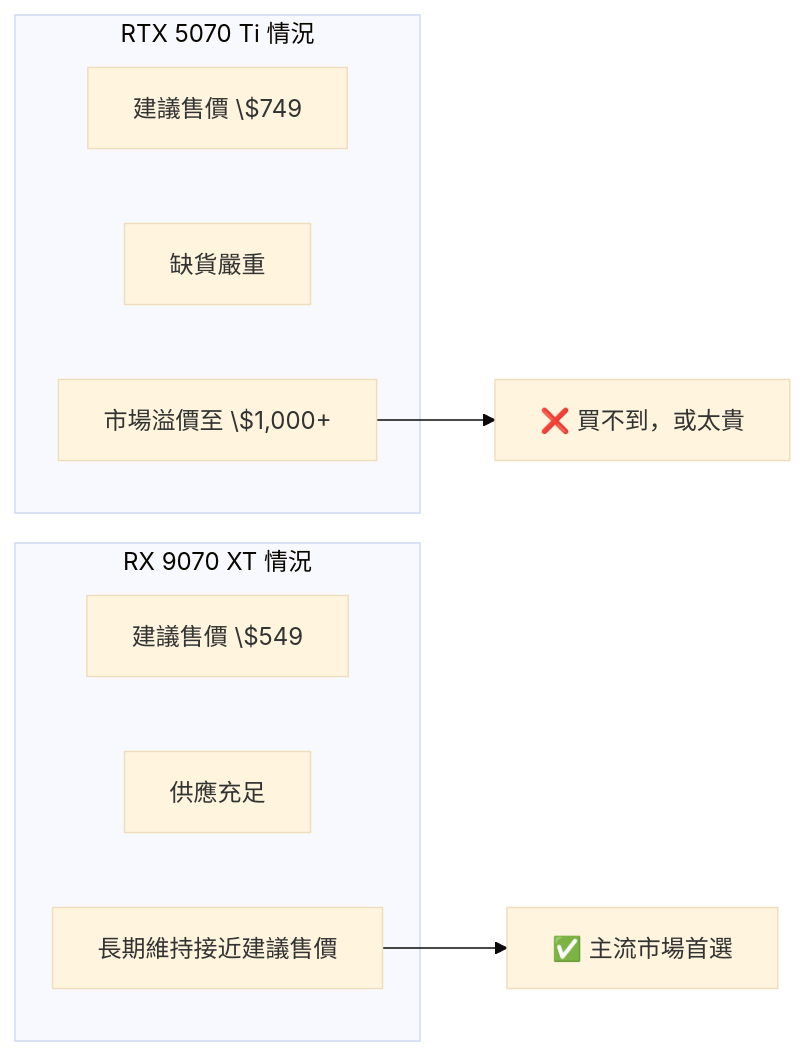
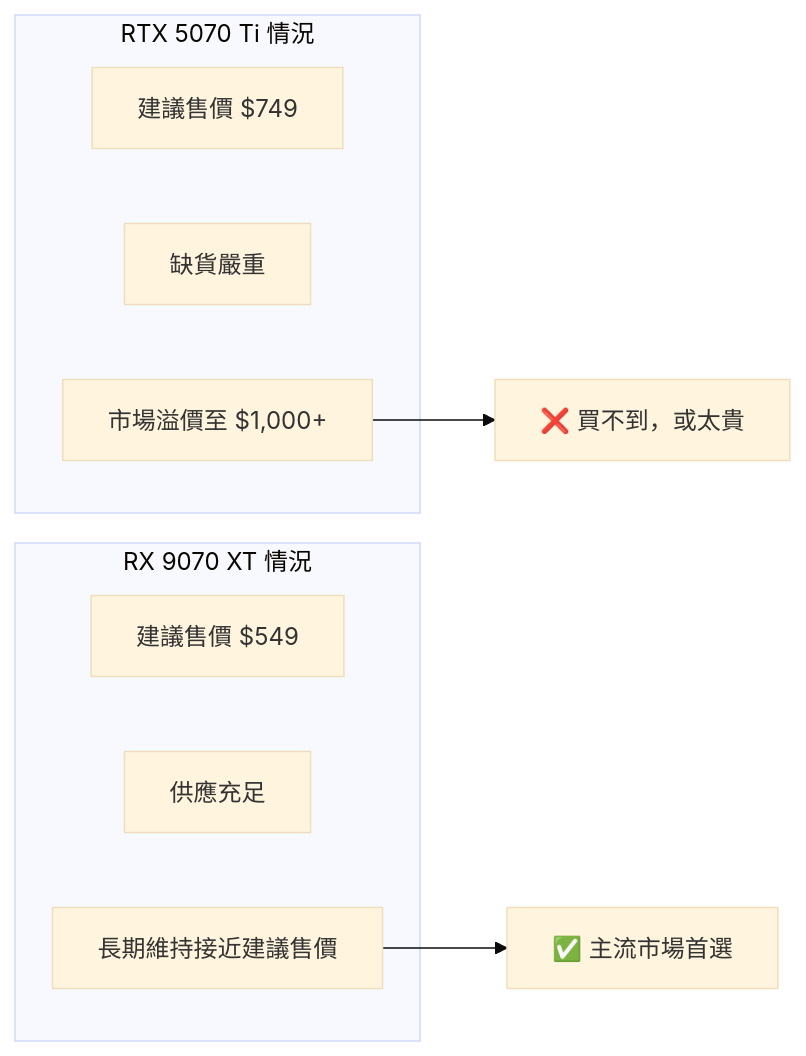
Before and after one commit to wizardhsiehcom/book: the diagram in docs/gpu/consumer/rx9070xt.md, drawn with Mermaid (base theme). The commit also changed 12 other files, not shown here.

````diff
--- a/docs/gpu/consumer/rx9070xt.md
+++ b/docs/gpu/consumer/rx9070xt.md
@@ -22,15 +22,15 @@
 ```mermaid
 flowchart LR
     subgraph "RTX 5070 Ti 情況"
-        N1["建議售價 \$749"]
+        N1["建議售價 $749"]
         N2["缺貨嚴重"]
-        N3["市場溢價至 \$1,000+"]
+        N3["市場溢價至 $1,000+"]
     end
     subgraph "RX 9070 XT 情況"
-        A1["建議售價 \$549"]
+        A1["建議售價 $549"]
         A2["供應充足"]
         A3["長期維持接近建議售價"]
     end
     A3 --> WIN["✅ 主流市場首選"]
     N3 --> LOSE["❌ 買不到，或太貴"]
 ```
````
